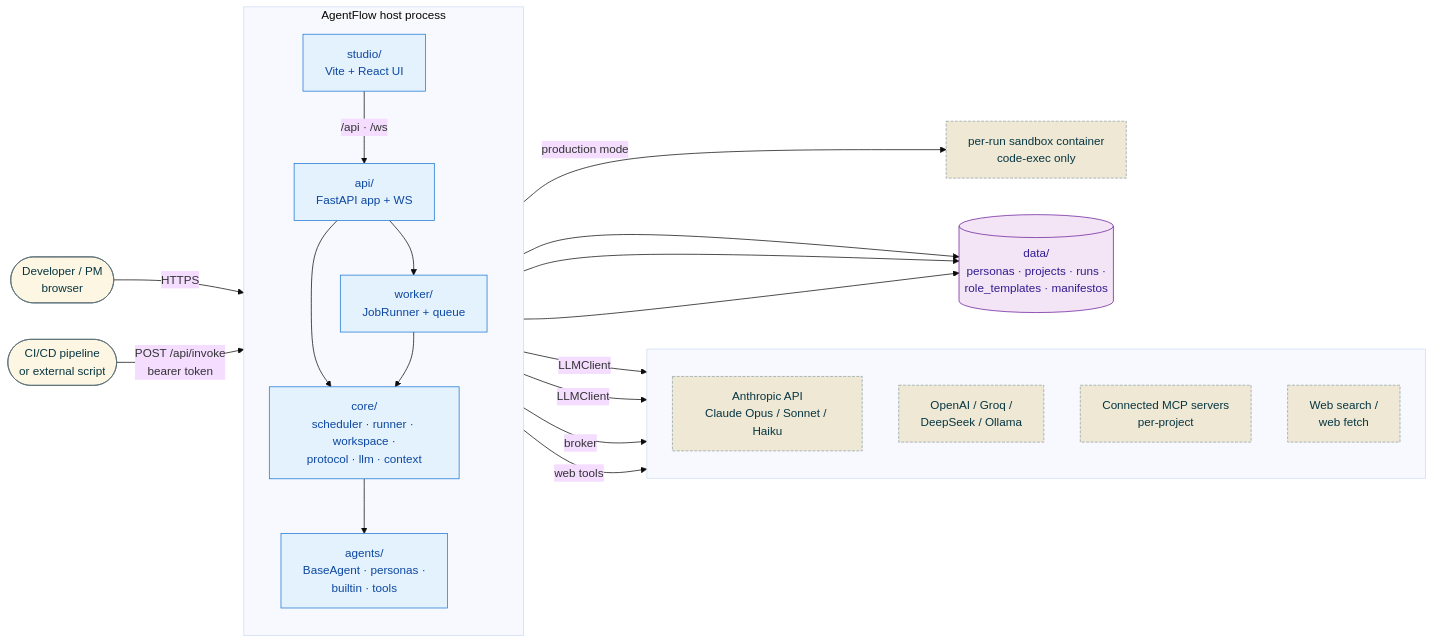
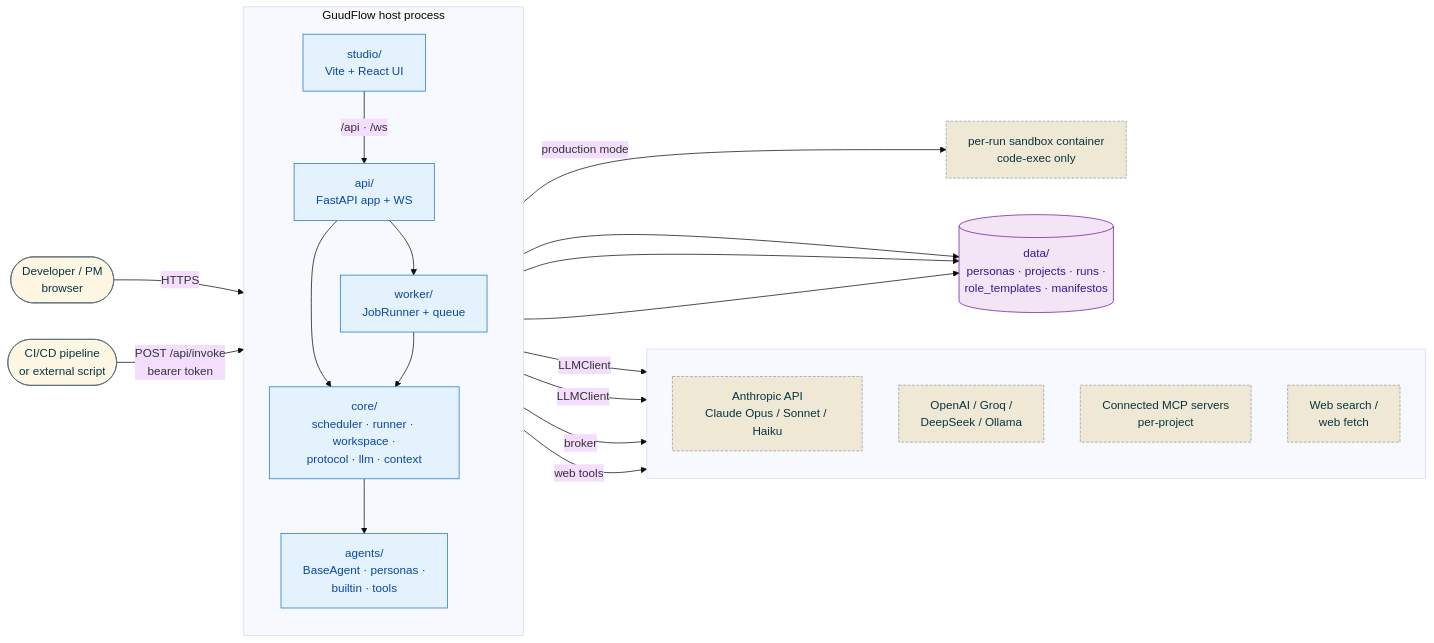
The diagram in docs/diagrams/01-system-context.md (Erik-Iuhas/GuudFlow), drawn with Mermaid (base theme) before and after one commit. The commit also changed other lines of this file and 58 other files, not shown here.

First line of the commit message:
refactor: rename AgentFlow → GuudFlow across all source files

````diff
--- a/docs/diagrams/01-system-context.md
+++ b/docs/diagrams/01-system-context.md
@@ -7,48 +7,48 @@
 ```mermaid
 flowchart LR
     classDef actor fill:#fdf6e3,stroke:#586e75,stroke-width:1px,color:#073642
     classDef external fill:#eee8d5,stroke:#93a1a1,stroke-dasharray:4 2,color:#073642
     classDef internal fill:#e3f2fd,stroke:#1976d2,color:#0d47a1
     classDef store fill:#f3e5f5,stroke:#6a1b9a,color:#311b92
 
     User([Developer / PM<br/>browser]):::actor
     CI([CI/CD pipeline<br/>or external script]):::actor
 
     subgraph anth[" "]
       direction TB
       Anthropic[Anthropic API<br/>Claude Opus / Sonnet / Haiku]:::external
       OpenAI[OpenAI / Groq /<br/>DeepSeek / Ollama]:::external
       MCP[Connected MCP servers<br/>per-project]:::external
       Web[Web search /<br/>web fetch]:::external
     end
 
-    subgraph host["AgentFlow host process"]
+    subgraph host["GuudFlow host process"]
       direction TB
       Studio[studio/<br/>Vite + React UI]:::internal
       API[api/<br/>FastAPI app + WS]:::internal
       Worker[worker/<br/>JobRunner + queue]:::internal
       Core[core/<br/>scheduler · runner · workspace ·<br/>protocol · llm · context]:::internal
       Agents[agents/<br/>BaseAgent · personas ·<br/>builtin · tools]:::internal
     end
 
     Sandbox[per-run sandbox container<br/>code-exec only]:::external
     Data[(data/<br/>personas · projects · runs ·<br/>role_templates · manifestos)]:::store
 
     User -->|HTTPS| Studio
     Studio -->|/api · /ws| API
     CI -->|POST /api/invoke<br/>bearer token| API
 
     API --> Worker
     API --> Core
     Worker --> Core
     Core --> Agents
     Agents -->|LLMClient| Anthropic
     Agents -->|LLMClient| OpenAI
     Agents -->|broker| MCP
     Agents -->|web tools| Web
     Worker -->|production mode| Sandbox
 
     Core --> Data
     API --> Data
     Worker --> Data
 ```
````
